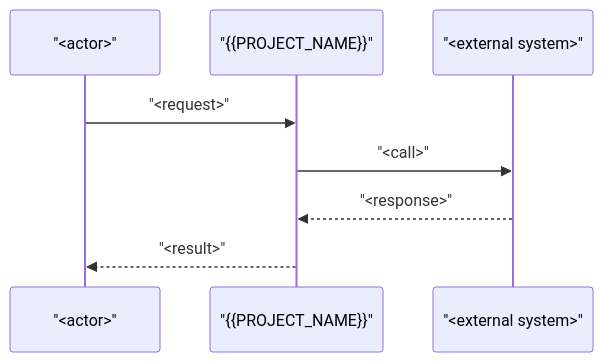
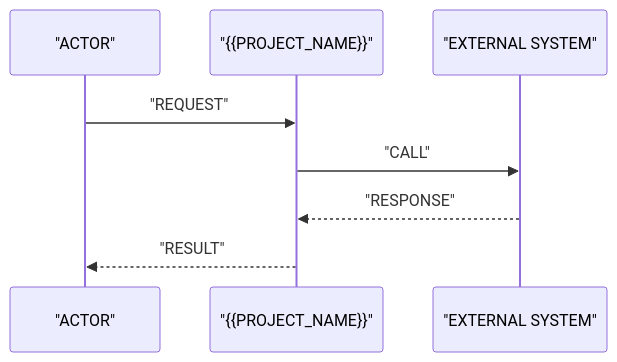
The second of 2 diagrams in spec-builder/assets/specs/04-business-flows.md (nguyenhx2/agent-harness-bootstrap), drawn with Mermaid before and after one commit. The commit also changed other lines of this file and 12 other files, not shown here.

````diff
--- a/spec-builder/assets/specs/04-business-flows.md
+++ b/spec-builder/assets/specs/04-business-flows.md
@@ -63,10 +63,10 @@
 ```mermaid
 sequenceDiagram
-  participant U as "<actor>"
+  participant U as "ACTOR"
   participant S as "{{PROJECT_NAME}}"
-  participant X as "<external system>"
-  U->>S: "<request>"
-  S->>X: "<call>"
-  X-->>S: "<response>"
-  S-->>U: "<result>"
+  participant X as "EXTERNAL SYSTEM"
+  U->>S: "REQUEST"
+  S->>X: "CALL"
+  X-->>S: "RESPONSE"
+  S-->>U: "RESULT"
 ```
````
